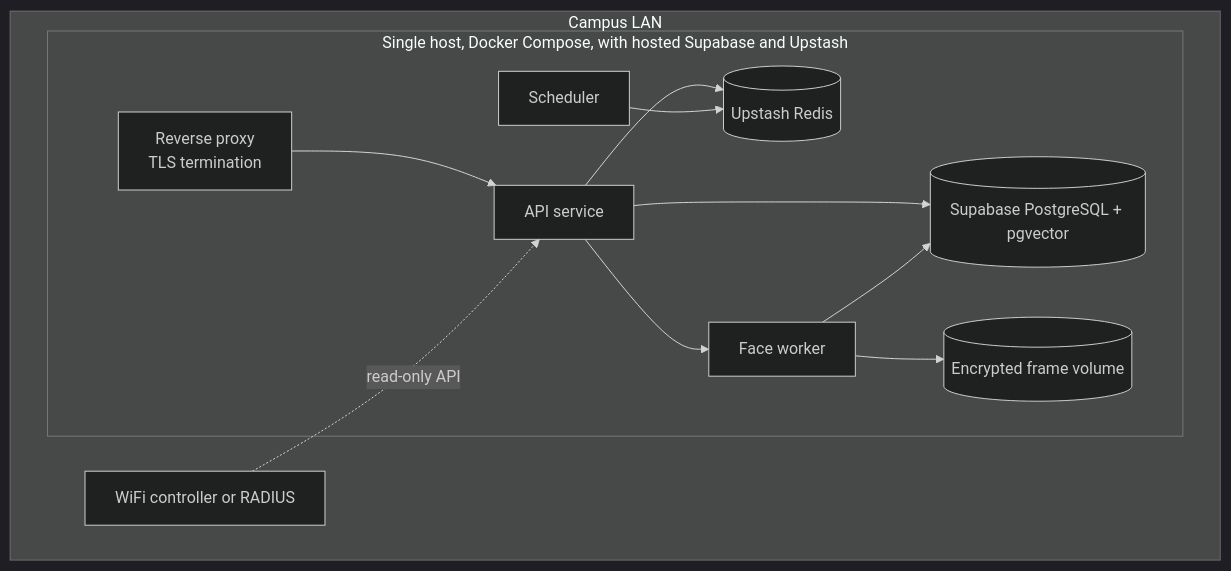
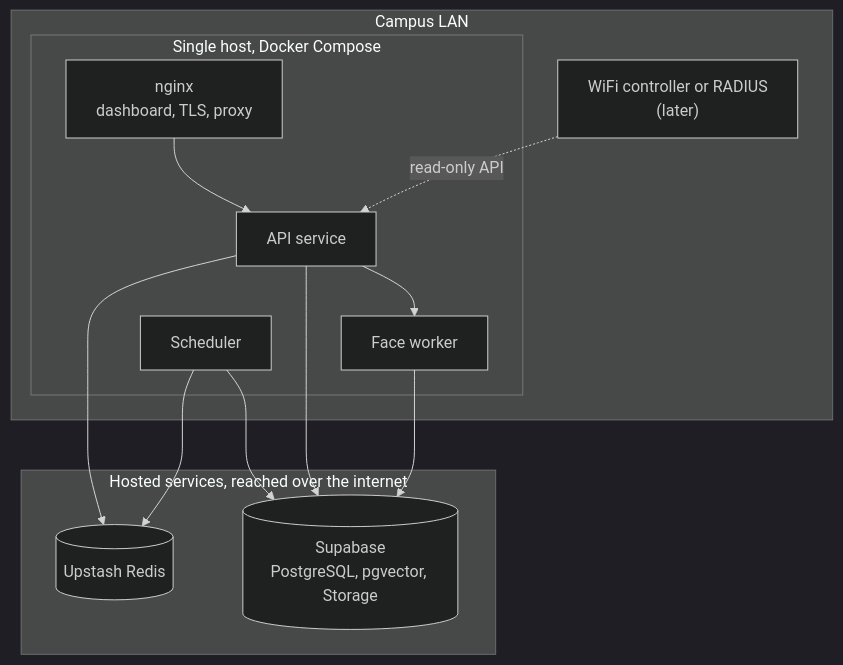
The third of 3 diagrams in docs/TRD.md (Rahul-8283/NightRoll), drawn with Mermaid (dark theme) before and after one commit. The commit also changed other lines of this file, not shown here.

````diff
--- a/docs/TRD.md
+++ b/docs/TRD.md
@@ -573,23 +598,24 @@
 ```mermaid
 flowchart TB
     subgraph LAN["Campus LAN"]
-        subgraph Host["Single host, Docker Compose, with hosted Supabase and Upstash"]
-            NGX["Reverse proxy<br/>TLS termination"]
+        subgraph Host["Single host, Docker Compose"]
+            NGX["nginx<br/>dashboard, TLS, proxy"]
             API["API service"]
             FW["Face worker"]
             SCH["Scheduler"]
-            PG[("Supabase PostgreSQL + pgvector")]
-            RD[("Upstash Redis")]
-            FS[("Encrypted frame volume")]
             NGX --> API
-            API --> PG
-            API --> RD
             API --> FW
-            SCH --> RD
-            FW --> PG
-            FW --> FS
         end
-        CTRL["WiFi controller or RADIUS"]
+        CTRL["WiFi controller or RADIUS<br/>(later)"]
         CTRL -. "read-only API" .-> API
     end
+    subgraph Hosted["Hosted services, reached over the internet"]
+        PG[("Supabase<br/>PostgreSQL, pgvector, Storage")]
+        RD[("Upstash Redis")]
+    end
+    API --> PG
+    API --> RD
+    SCH --> PG
+    SCH --> RD
+    FW --> PG
 ```
````
